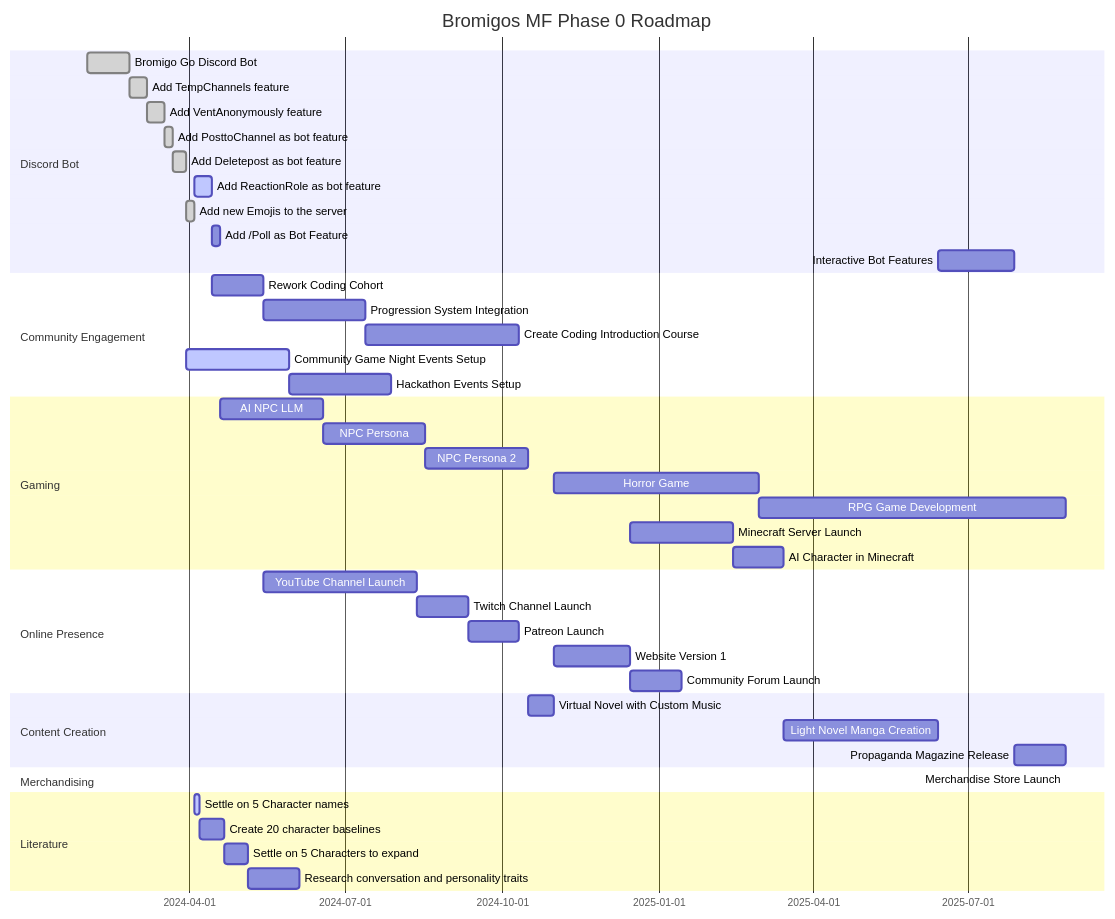
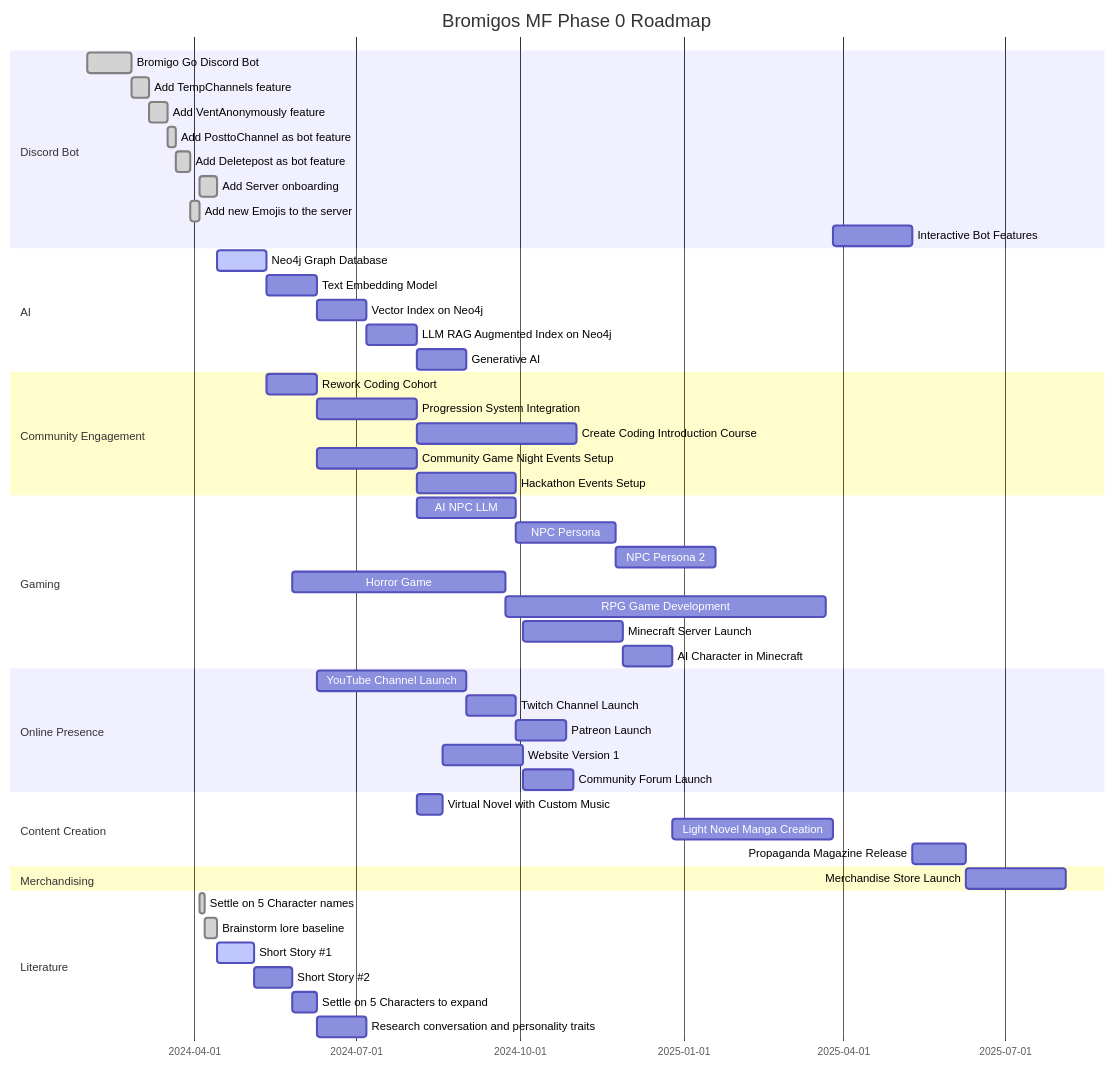
Before and after one commit to bromigos-org/.github: the diagram in profile/README.md, drawn with Mermaid.

Commit message:
Updated: roadmap

````diff
--- a/profile/README.md
+++ b/profile/README.md
@@ -5,55 +5,64 @@
 ```mermaid
 gantt
     dateFormat  YYYY-MM-DD
     title Bromigos MF Phase 0 Roadmap
 
     section Discord Bot
     Bromigo Go Discord Bot        :done, bot1, 2024-02-01, 25d
     Add TempChannels feature     :done, vap1, after bot1, 10d
     Add VentAnonymously feature        :done, tcp1, after vap1, 10d
     Add PosttoChannel as bot feature       :done, ptc1, after tcp1, 5d
     Add Deletepost as bot feature        :done, dp1, after ptc1, 8d
-    Add ReactionRole as bot feature      :active,        rr1, after ne1, 10d
+    Add Server onboarding      :done,        sb1, after ne1, 10d
     Add new Emojis to the server      :done,        ne1, after dp1, 5d
-    Add /Poll as Bot Feature       :        poll1, after rr1, 5d
     Interactive Bot Features        :        ibf1, after manga1, 45d
 
+    section AI
+    Neo4j Graph Database :active,        neo1, after sb1, 4w
+    Text Embedding Model :        tem1, after neo1, 4w
+    Vector Index on Neo4j:        vin1, after tem1, 4w
+    LLM RAG Augmented Index on Neo4j: lrain1, after vin1, 4w
+    Generative AI :        gai1, after lrain1, 4w
+    
+
     section Community Engagement
-    Rework Coding Cohort          :        rcc1, after rr1, 30d
-    Progression System Integration:        psi1, after rcc1, 60d
+    Rework Coding Cohort          :        rcc1, after neo1, 4w
+    Progression System Integration:        psi1, after rcc1, 8w
     Create Coding Introduction Course:      cic1, after psi1, 90d
-    Community Game Night Events Setup          :active,        cgn1, after dp1, 60d
-    Hackathon Events Setup               :        hack1, after cgn1, 60d
+    Community Game Night Events Setup          :        cgn1, after rcc1, 8w
+    Hackathon Events Setup               :        hack1, after cgn1, 8w
 
     section Gaming
-    AI NPC LLM                 :        anp1, after poll1, 60d
-    NPC Persona               :        np1, after anp1, 60d
-    NPC Persona 2             :        np2, after np1, 60d
-    Horror Game                     :        hg1, after vn1, 120d
+    AI NPC LLM                 :        anp1, after lrain1, 8w
+    NPC Persona               :        np1, after anp1, 8w
+    NPC Persona 2             :        np2, after np1, 8w
+    Horror Game                     :        hg1, after ss2, 120d
     RPG Game Development            :        rpg1, after hg1, 180d
-    Minecraft Server Launch         :        mc1, after web1, 60d
-    AI Character in Minecraft       :        ai1, after mc1, 30d
+    Minecraft Server Launch         :        mc1, after web1, 8w
+    AI Character in Minecraft       :        ai1, after mc1, 4w
 
     section Online Presence
-    YouTube Channel Launch          :        yt1, after rcc1, 90d
-    Twitch Channel Launch           :        twitch1, after yt1, 30d
-    Patreon Launch                  :        pat1, after twitch1, 30d
+    YouTube Channel Launch          :        yt1, after rcc1, 12w
+    Twitch Channel Launch           :        twitch1, after yt1, 4w
+    Patreon Launch                  :        pat1, after twitch1, 4w
     Website Version 1               :        web1, after vn1, 45d
-    Community Forum Launch          :        cf1, after web1, 30d
+    Community Forum Launch          :        cf1, after web1, 4w
 
     section Content Creation
     Virtual Novel with Custom Music :        vn1, after tb3, 15d
     Light Novel Manga Creation      :        manga1, after ai1, 90d
     Propaganda Magazine Release     :        pm1, after ibf1, 30d
 
     section Merchandising
-    Merchandise Store Launch        :        merch1, after pm1, 60ds
+    Merchandise Store Launch        :        merch1, after pm1, 8w
 
     section Literature
-    Settle on 5 Character names       :active,        scn1, after ne1, 3d
-    Create 20 character baselines     :        cb1, after scn1, 14d
-    Settle on 5 Characters to expand     :        scd1, after cb1, 14d
-    Research conversation and personality traits:        rcpt1, after scd1, 30d
+    Settle on 5 Character names       :done,        scn1, after ne1, 3d
+    Brainstorm lore baseline     :done,        cb1, after scn1, 1w
+    Short Story #1:active,        ss1, after cb1, 3w
+    Short Story #2:        ss2, after ss1, 3w
+    Settle on 5 Characters to expand     :        scd1, after ss2, 2w
+    Research conversation and personality traits:        rcpt1, after scd1, 4w
 
 
 ```
````
